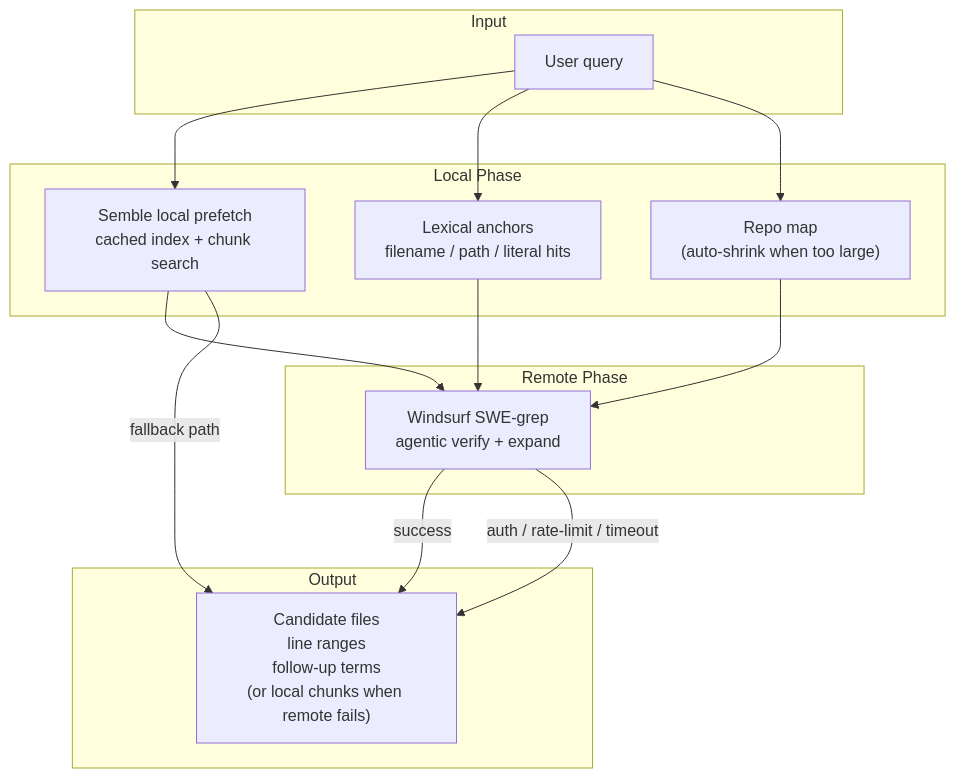
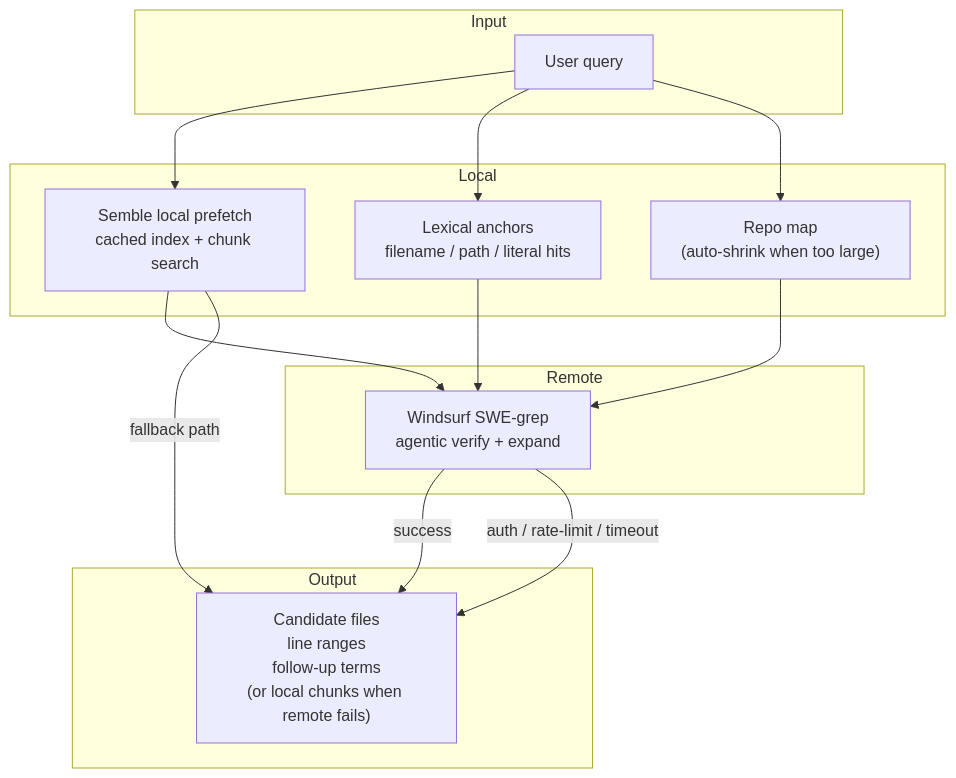
Before and after one commit to ferstar/blog: the diagram in content.en/posts/ace-wrapper-to-fast-context.md, drawn with Mermaid. The commit also changed other lines of this file and 7 other files, not shown here.

First line of the commit message:
blog: polish all 4 recent posts (section titles, EN translation, Mermaid alignment)

```diff
--- a/content.en/posts/ace-wrapper-to-fast-context.md
+++ b/content.en/posts/ace-wrapper-to-fast-context.md
@@ -32,30 +32,30 @@
 {{< mermaid >}}
 flowchart TB
   subgraph Input
     Q[User query]
   end
 
-  subgraph Local Phase
+  subgraph Local
     S[Semble local prefetch<br/>cached index + chunk search]
     A[Lexical anchors<br/>filename / path / literal hits]
     R["Repo map<br/>(auto-shrink when too large)"]
   end
 
-  subgraph Remote Phase
+  subgraph Remote
     WS[Windsurf SWE-grep<br/>agentic verify + expand]
   end
 
   subgraph Output
     O["Candidate files<br/>line ranges<br/>follow-up terms<br/>(or local chunks when remote fails)"]
   end
 
   Q --> S
   Q --> A
   Q --> R
   S --> WS
   A --> WS
   R --> WS
   WS -- success --> O
   WS -- auth / rate-limit / timeout --> O
   S -- fallback path --> O
 {{< /mermaid >}}
```
